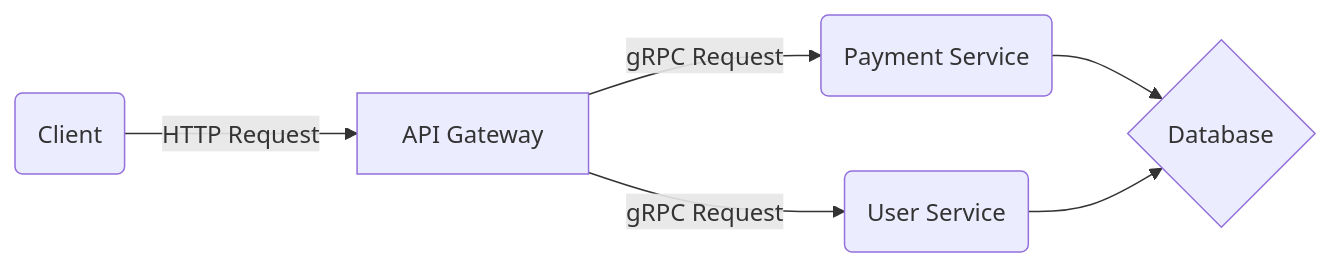
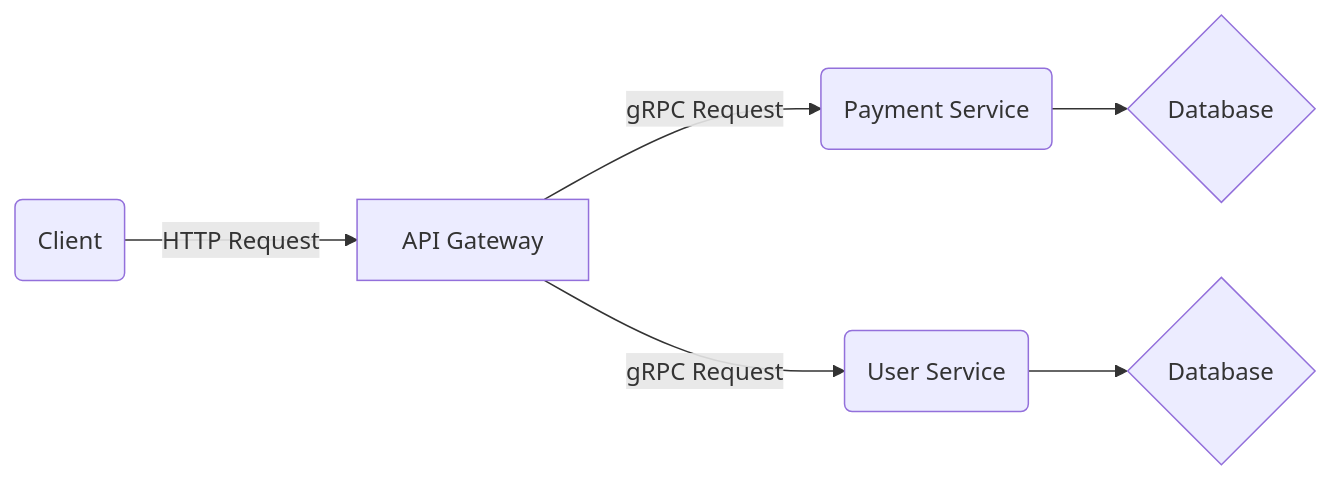
The second of 2 diagrams in README.md (brenddonanjos/clean_commerce), drawn with Mermaid before and after one commit. The commit also changed other lines of this file and 3 other files, not shown here.

````diff
--- a/README.md
+++ b/README.md
@@ -46,8 +46,8 @@
 ```mermaid
 graph LR
 E(Client) -- HTTP Request --> A
 A[API Gateway] -- gRPC Request --> B(Payment Service)
 A -- gRPC Request --> C(User Service)
 B --> D{Database}
-C --> D
+C --> F{Database}
 ```
````
